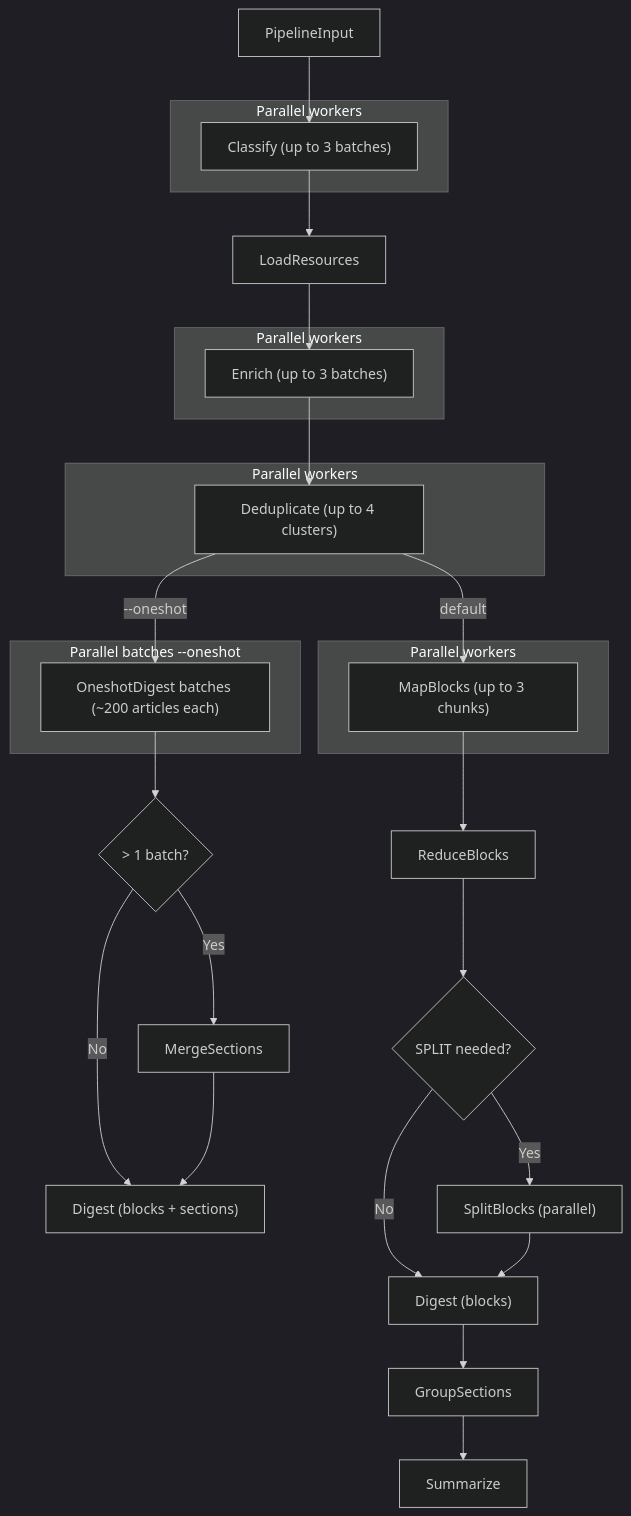
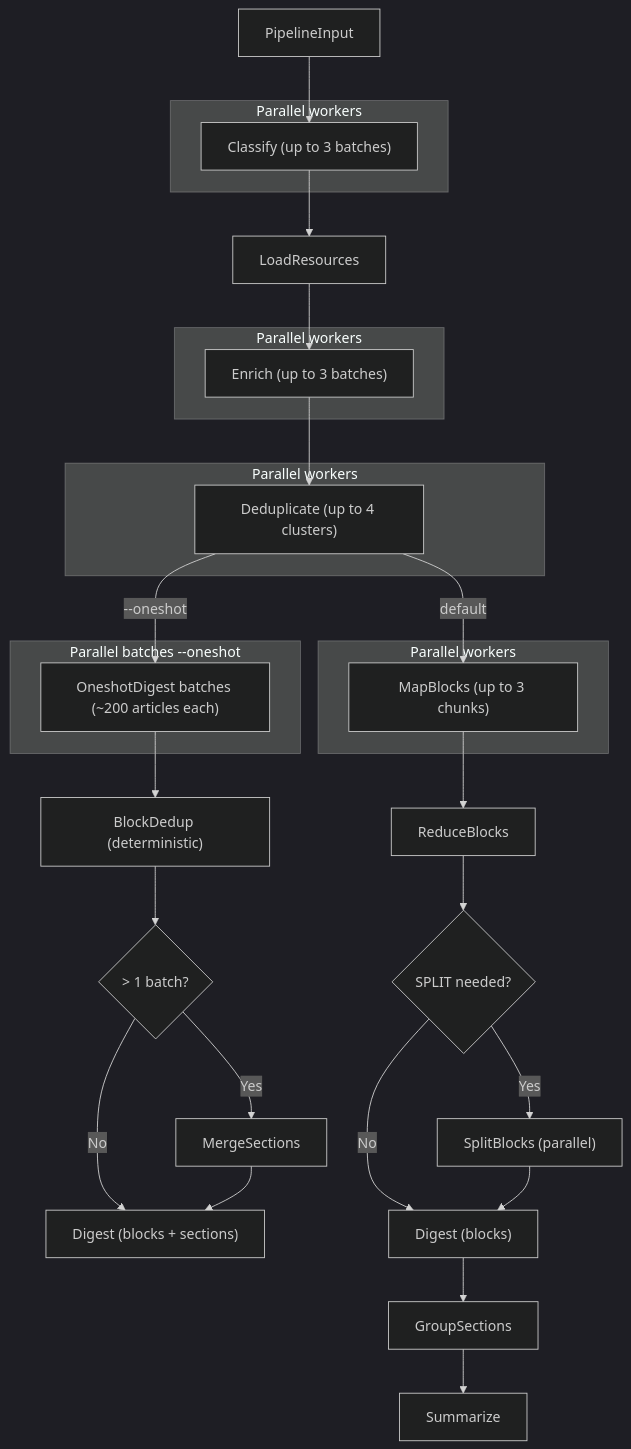
One commit to andgineer/news-recap changed the diagram in spec/pipeline.md. Above: the diagram before and after it, drawn with Mermaid (dark theme). The commit also changed other lines of this file and 7 other files, not shown here.

Commit message:
better dedup in oneshot

````diff
--- a/spec/pipeline.md
+++ b/spec/pipeline.md
@@ -9,36 +9,37 @@
 ```mermaid
 flowchart TD
     subgraph parallel1 [Parallel workers]
         classifyW["Classify (up to 3 batches)"]
     end
     subgraph parallel2 [Parallel workers]
         enrichW["Enrich (up to 3 batches)"]
     end
     subgraph parallel3 [Parallel workers]
         dedupW["Deduplicate (up to 4 clusters)"]
     end
     subgraph parallel4 [Parallel workers]
         mapW["MapBlocks (up to 3 chunks)"]
     end
     subgraph oneshotBatches [Parallel batches --oneshot]
         oneshotW["OneshotDigest batches (~200 articles each)"]
     end
 
     inp[PipelineInput] --> classifyW
     classifyW --> loadRes[LoadResources]
     loadRes --> enrichW
     enrichW --> dedupW
     dedupW -->|default| mapW
     dedupW -->|--oneshot| oneshotW
-    oneshotW --> merge{"> 1 batch?"}
+    oneshotW --> blockDedup["BlockDedup (deterministic)"]
+    blockDedup --> merge{"> 1 batch?"}
     merge -->|Yes| mergeSec[MergeSections]
     merge -->|No| done["Digest (blocks + sections)"]
     mergeSec --> done
     mapW --> reduce[ReduceBlocks]
     reduce --> split{SPLIT needed?}
     split -->|No| digest["Digest (blocks)"]
     split -->|Yes| splitW["SplitBlocks (parallel)"]
     splitW --> digest
     digest --> groupSec[GroupSections]
     groupSec --> summarize[Summarize]
 ```
````
